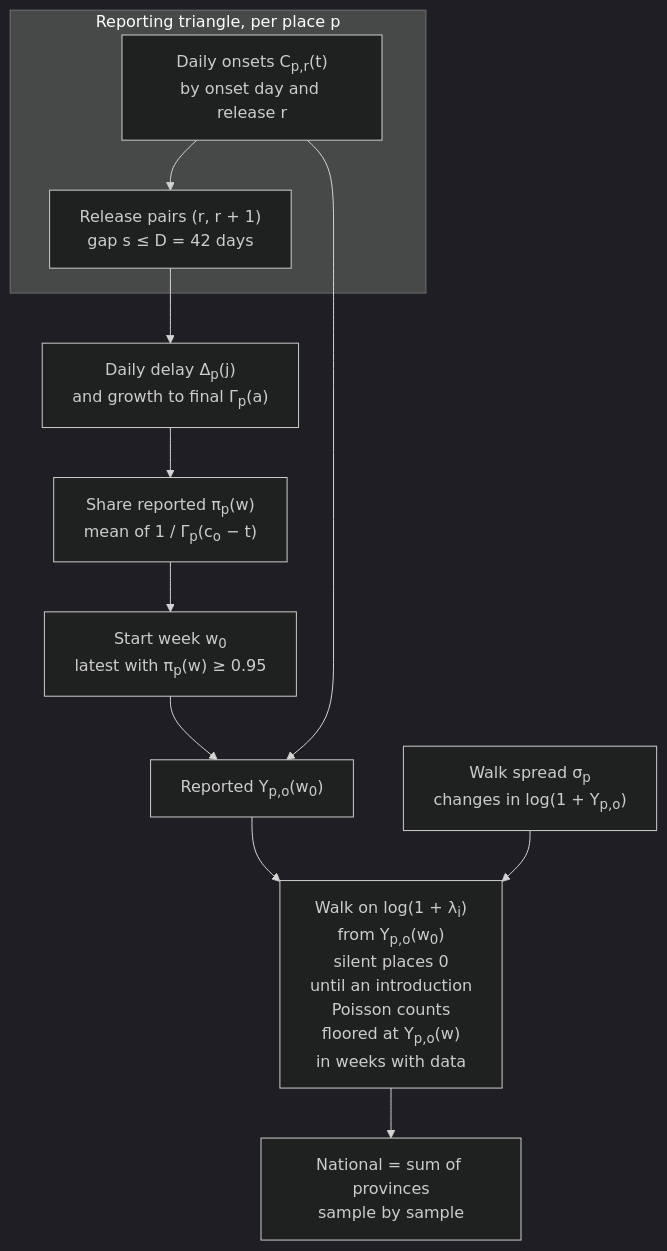
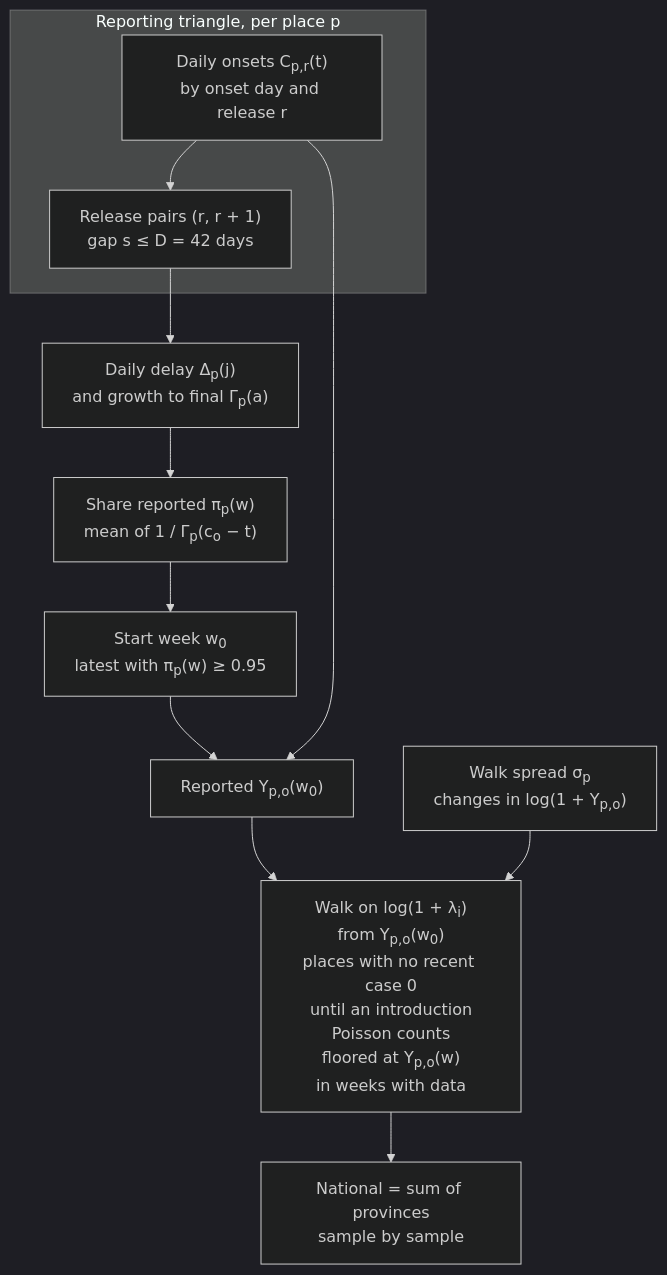
Before and after one commit to seabbs/BDBVHubRenewal: the second of 2 diagrams in docs/methods/baselines.md, drawn with Mermaid (dark theme). The commit also changed other lines of this file and 2 other files, not shown here.

````diff
--- a/docs/methods/baselines.md
+++ b/docs/methods/baselines.md
@@ -48,24 +48,24 @@
 ```mermaid
 flowchart TD
     subgraph TRI["Reporting triangle, per place p"]
         SNAP["Daily onsets C<sub>p,r</sub>(t)<br/>by onset day and release r"]
         PAIR["Release pairs (r, r + 1)<br/>gap s ≤ D = 42 days"]
     end
     DEL["Daily delay Δ<sub>p</sub>(j)<br/>and growth to final Γ<sub>p</sub>(a)"]
     PI["Share reported π<sub>p</sub>(w)<br/>mean of 1 / Γ<sub>p</sub>(c<sub>o</sub> − t)"]
     W0["Start week w<sub>0</sub><br/>latest with π<sub>p</sub>(w) ≥ 0.95"]
     Y["Reported Y<sub>p,o</sub>(w<sub>0</sub>)"]
     SIG["Walk spread σ<sub>p</sub><br/>changes in log(1 + Y<sub>p,o</sub>)"]
-    W["Walk on log(1 + λ<sub>i</sub>)<br/>from Y<sub>p,o</sub>(w<sub>0</sub>)<br/>silent places 0<br/>until an introduction<br/>Poisson counts<br/>floored at Y<sub>p,o</sub>(w)<br/>in weeks with data"]
+    W["Walk on log(1 + λ<sub>i</sub>)<br/>from Y<sub>p,o</sub>(w<sub>0</sub>)<br/>places with no recent case 0<br/>until an introduction<br/>Poisson counts<br/>floored at Y<sub>p,o</sub>(w)<br/>in weeks with data"]
     NAT["National = sum of provinces<br/>sample by sample"]
 
     SNAP --> PAIR
     PAIR --> DEL
     DEL --> PI
     PI --> W0
     W0 --> Y
     SNAP --> Y
     Y --> W
     SIG --> W
     W --> NAT
 ```
````
